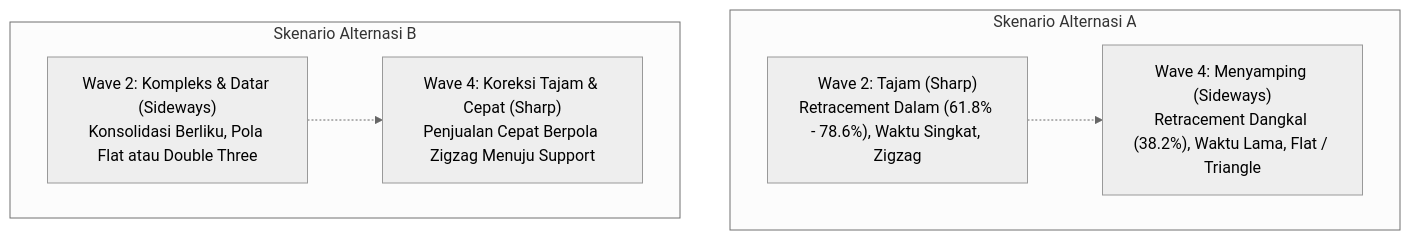
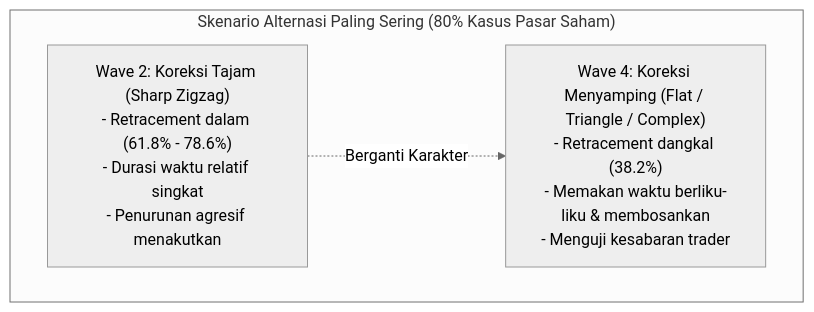
One commit to AlulCode45/Trading-Learning-Path changed the fourth of 5 diagrams in docs/edianto-ong/22-elliott-wave-theory.md. Above: the diagram before and after it, drawn with Mermaid (neutral theme). The commit also changed other lines of this file and 29 other files, not shown here.

Commit message:
docs(edianto-ong): upgrade all 29 chapters with beginner analogies, diagrams, step-by-step guides, and case studies

````diff
--- a/docs/edianto-ong/22-elliott-wave-theory.md
+++ b/docs/edianto-ong/22-elliott-wave-theory.md
@@ -88,14 +120,8 @@
 ```mermaid
 flowchart TD
-    subgraph AlternasiSkenarioA["Skenario Alternasi A"]
-        W2A["Wave 2: Tajam (Sharp)<br/>Retracement Dalam (61.8% - 78.6%), Waktu Singkat, Zigzag"]
-        W4A["Wave 4: Menyamping (Sideways)<br/>Retracement Dangkal (38.2%), Waktu Lama, Flat / Triangle"]
-        W2A -.-> W4A
-    end
-
-    subgraph AlternasiSkenarioB["Skenario Alternasi B"]
-        W2B["Wave 2: Kompleks & Datar (Sideways)<br/>Konsolidasi Berliku, Pola Flat atau Double Three"]
-        W4B["Wave 4: Koreksi Tajam & Cepat (Sharp)<br/>Penjualan Cepat Berpola Zigzag Menuju Support"]
-        W2B -.-> W4B
+    subgraph SkenarioUmum["Skenario Alternasi Paling Sering (80% Kasus Pasar Saham)"]
+        W2A["Wave 2: Koreksi Tajam (Sharp Zigzag)<br/>- Retracement dalam (61.8% - 78.6%)<br/>- Durasi waktu relatif singkat<br/>- Penurunan agresif menakutkan"]
+        W4A["Wave 4: Koreksi Menyamping (Flat / Triangle / Complex)<br/>- Retracement dangkal (38.2%)<br/>- Memakan waktu berliku-liku & membosankan<br/>- Menguji kesabaran trader"]
+        W2A -.->|Berganti Karakter| W4A
     end
 ```
````
